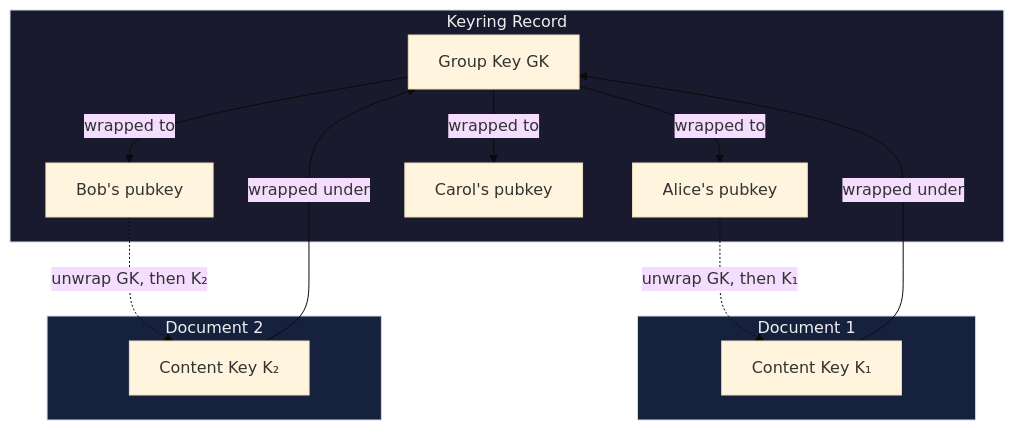
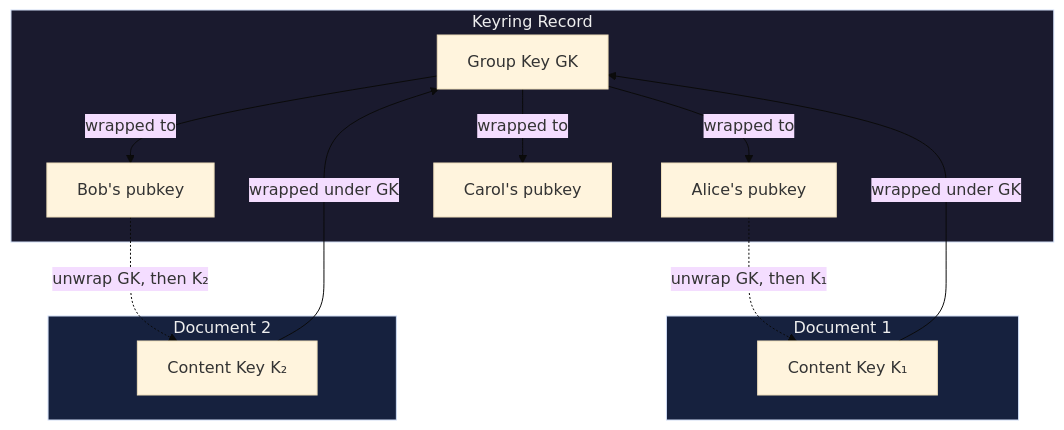
One commit to Sans-Self/Opake changed diagram 14 of 28 in docs/FLOWS.md. Above: the diagram before and after it, drawn with Mermaid (base theme). The commit also changed other lines of this file and 23 other files, not shown here.

````diff
--- a/docs/FLOWS.md
+++ b/docs/FLOWS.md
@@ -344,24 +366,24 @@
 ```mermaid
 flowchart TB
     subgraph Keyring ["Keyring Record"]
         GK["Group Key GK"]
         GK -->|wrapped to| Alice["Alice's pubkey"]
         GK -->|wrapped to| Bob["Bob's pubkey"]
         GK -->|wrapped to| Carol["Carol's pubkey"]
     end
 
     subgraph Doc1 ["Document 1"]
-        K1["Content Key K₁"] -->|wrapped under| GK
+        K1["Content Key K₁"] -->|wrapped under GK| GK
     end
 
     subgraph Doc2 ["Document 2"]
-        K2["Content Key K₂"] -->|wrapped under| GK
+        K2["Content Key K₂"] -->|wrapped under GK| GK
     end
 
     Alice -.->|unwrap GK, then K₁| K1
     Bob -.->|unwrap GK, then K₂| K2
 
     style Keyring fill:#1a1a2e,color:#eee
     style Doc1 fill:#16213e,color:#eee
     style Doc2 fill:#16213e,color:#eee
 ```
````
